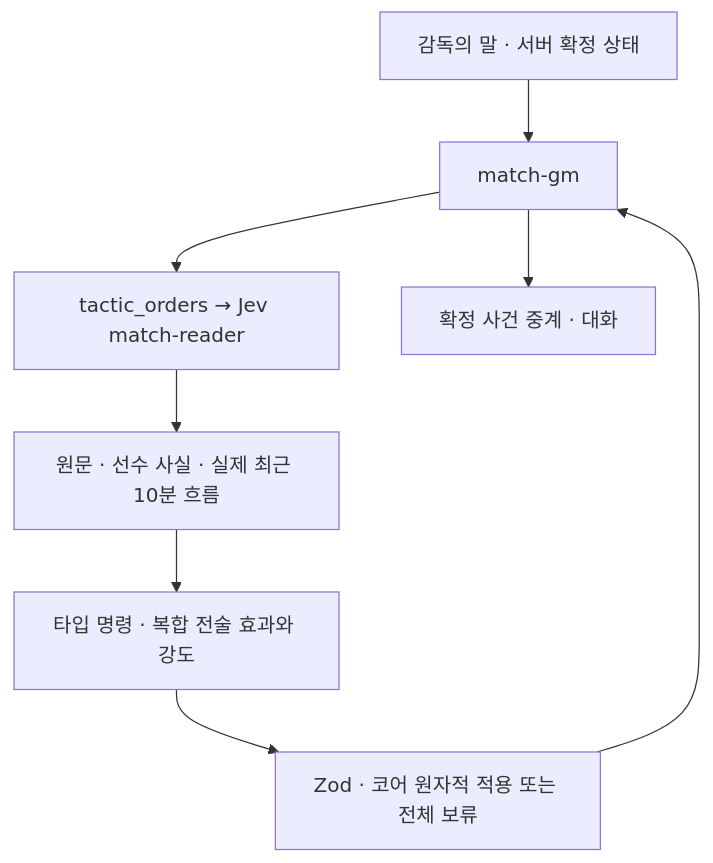
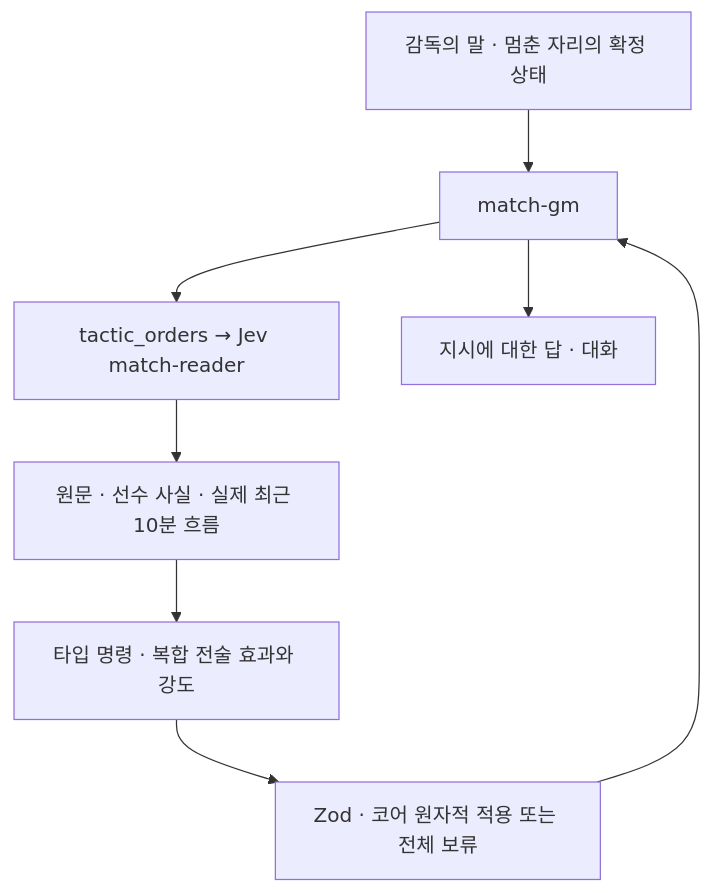
One commit to dhoonjang/gaffer changed the second of 2 diagrams in docs/match/match.md. Above: the diagram before and after it, drawn with Mermaid. The commit also changed other lines of this file and 186 other files, not shown here.

````diff
--- a/docs/match/match.md
+++ b/docs/match/match.md
@@ -110,10 +109,10 @@
 ```mermaid
 flowchart TB
-  A["감독의 말 · 서버 확정 상태"] --> G["match-gm"]
+  A["감독의 말 · 멈춘 자리의 확정 상태"] --> G["match-gm"]
   G --> B["tactic_orders → Jev match-reader"]
   B --> C["원문 · 선수 사실 · 실제 최근 10분 흐름"]
   C --> D["타입 명령 · 복합 전술 효과와 강도"]
   D --> E["Zod · 코어 원자적 적용 또는 전체 보류"]
   E --> G
-  G --> F["확정 사건 중계 · 대화"]
+  G --> F["지시에 대한 답 · 대화"]
 ```
````
